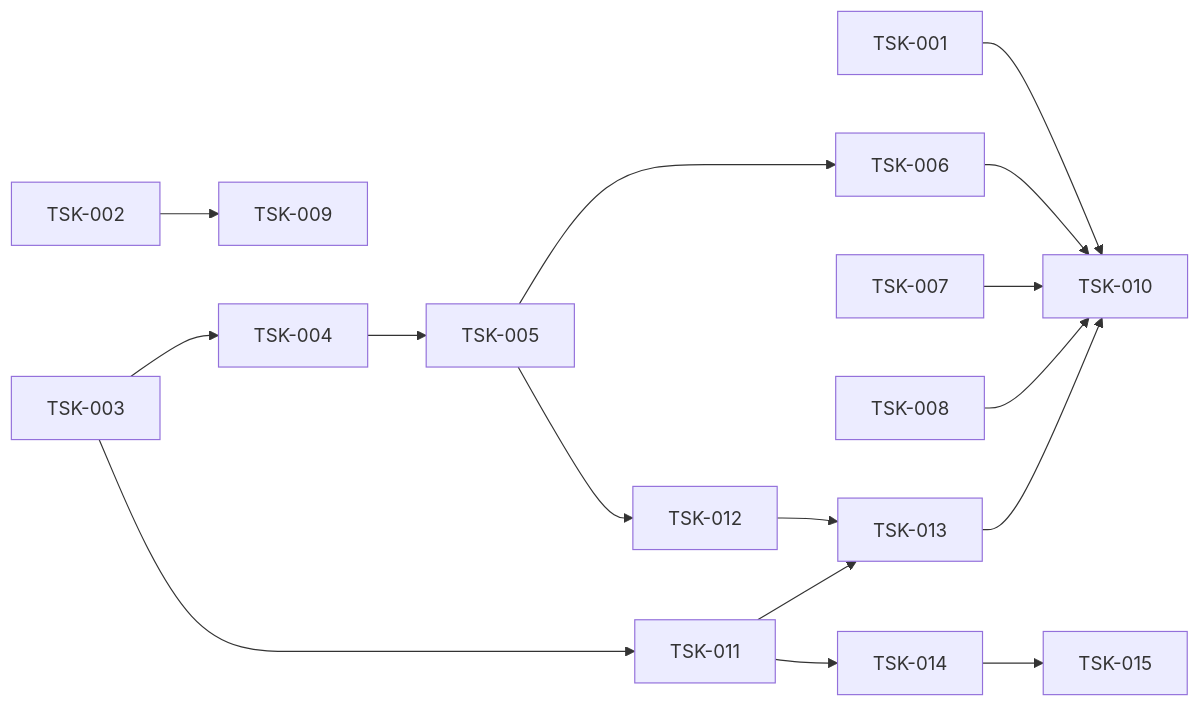
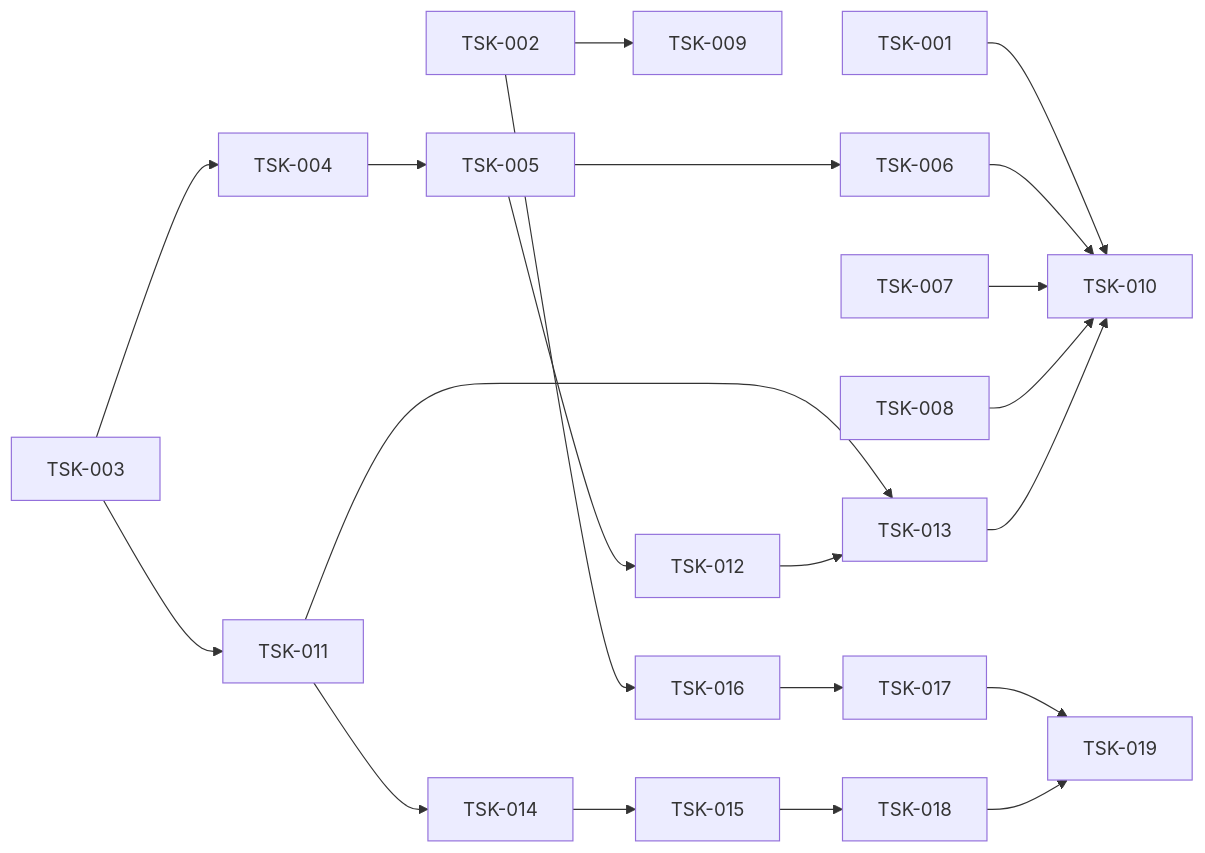
One commit to Rethinger/2papi changed the diagram in .kiro/specs/benchmark-integrity/tasks.md. Above: the diagram before and after it, drawn with Mermaid. The commit also changed other lines of this file and 5 other files, not shown here.

````diff
--- a/.kiro/specs/benchmark-integrity/tasks.md
+++ b/.kiro/specs/benchmark-integrity/tasks.md
@@ -94,11 +116,13 @@
 ```mermaid
 graph LR
     T1[TSK-001] --> T10[TSK-010]
     T2[TSK-002] --> T9[TSK-009]
     T3[TSK-003] --> T4[TSK-004] --> T5[TSK-005] --> T6[TSK-006] --> T10
     T7[TSK-007] --> T10
     T8[TSK-008] --> T10
     T3 --> T11[TSK-011] --> T13[TSK-013] --> T10
     T5 --> T12[TSK-012] --> T13
     T11 --> T14[TSK-014] --> T15[TSK-015]
+    T2 --> T16[TSK-016] --> T17[TSK-017] --> T19[TSK-019]
+    T15 --> T18[TSK-018] --> T19
 ```
````
